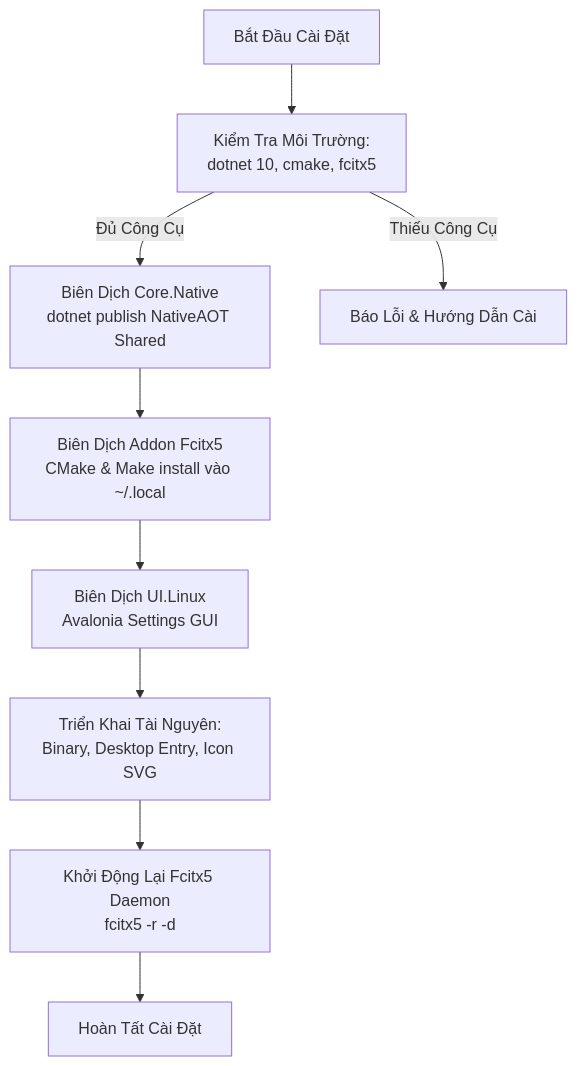
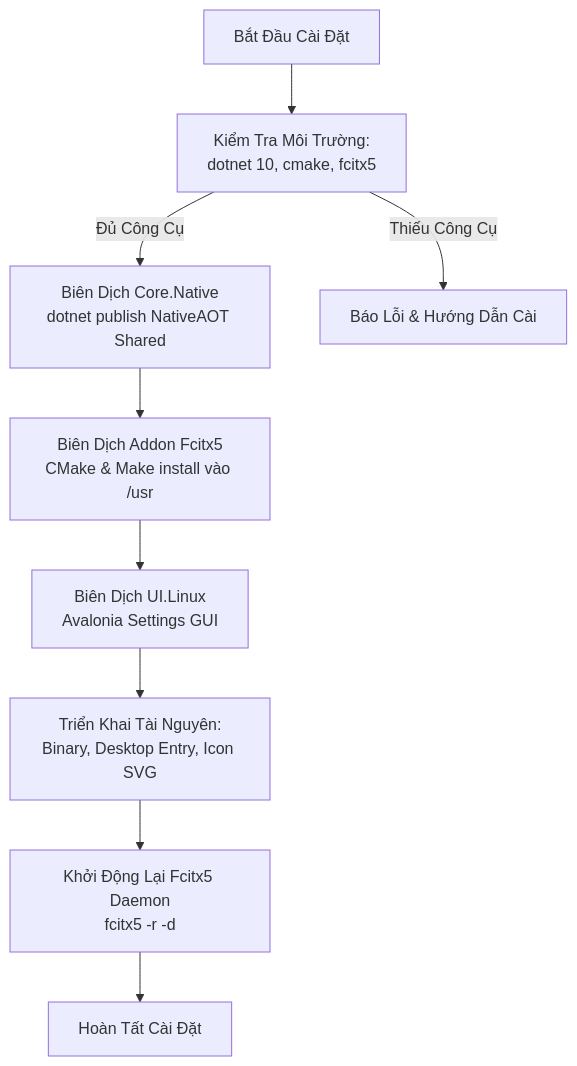
The diagram in docs/2.Design/Phase7/007_06_E2E_TestPlan_and_Delivery.md (thatislg/BambooMintKey), drawn with Mermaid before and after one commit. The commit also changed other lines of this file and 5 other files, not shown here.

First line of the commit message:
feat(linux): switch to system-wide /usr install and add one-command scripts

````diff
--- a/docs/2.Design/Phase7/007_06_E2E_TestPlan_and_Delivery.md
+++ b/docs/2.Design/Phase7/007_06_E2E_TestPlan_and_Delivery.md
@@ -57,11 +57,11 @@
 ```mermaid
 flowchart TD
     A[Bắt Đầu Cài Đặt] --> B[Kiểm Tra Môi Trường:<br/>dotnet 10, cmake, fcitx5]
     B -->|Đủ Công Cụ| C[Biên Dịch Core.Native<br/>dotnet publish NativeAOT Shared]
     B -->|Thiếu Công Cụ| Err[Báo Lỗi & Hướng Dẫn Cài]
-    C --> D[Biên Dịch Addon Fcitx5<br/>CMake & Make install vào ~/.local]
+    C --> D[Biên Dịch Addon Fcitx5<br/>CMake & Make install vào /usr]
     D --> E[Biên Dịch UI.Linux<br/>Avalonia Settings GUI]
     E --> F[Triển Khai Tài Nguyên:<br/>Binary, Desktop Entry, Icon SVG]
     F --> G[Khởi Động Lại Fcitx5 Daemon<br/>fcitx5 -r -d]
     G --> H[Hoàn Tất Cài Đặt]
 ```
````
